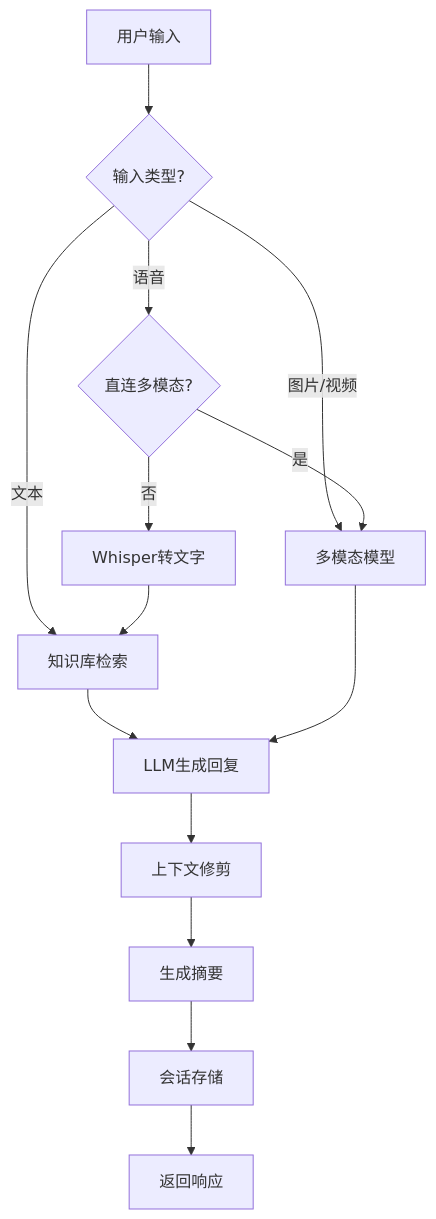
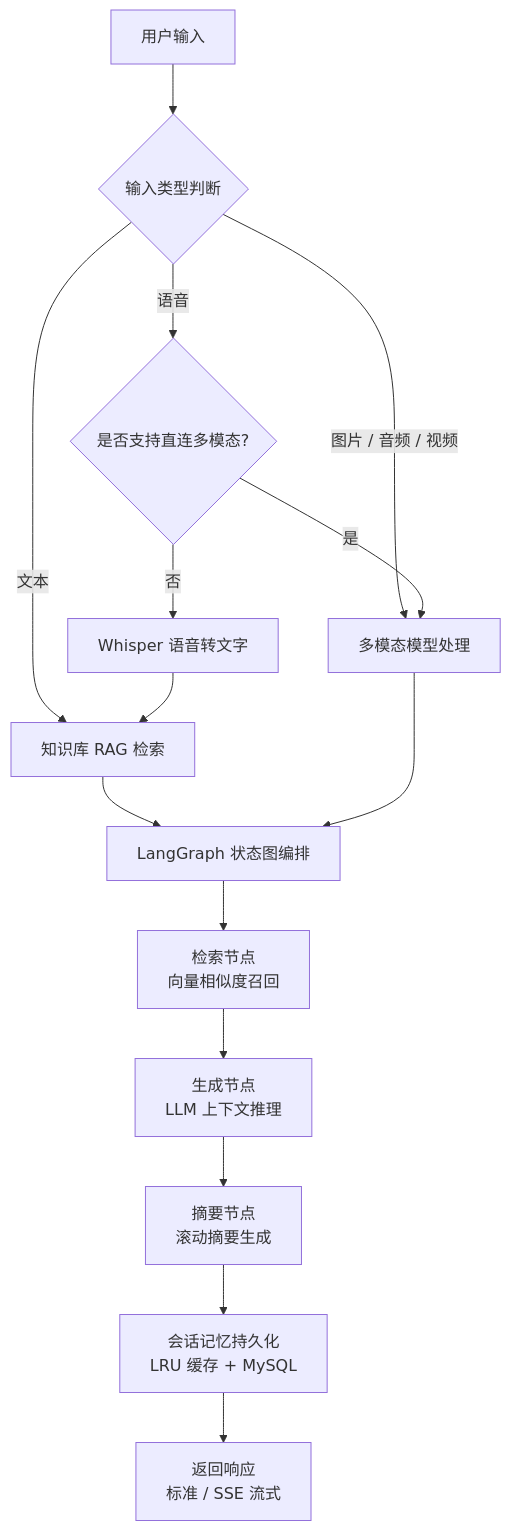
The second of 3 diagrams in server/README.md (chain-engine/x-XiChuang), drawn with Mermaid before and after one commit. The commit also changed other lines of this file and 8 other files, not shown here.

````diff
--- a/server/README.md
+++ b/server/README.md
@@ -316,16 +367,21 @@
 ```mermaid
 flowchart TD
-    A[用户输入] --> B{输入类型?}
-    B -->|文本| C[知识库检索]
-    B -->|语音| D{直连多模态?}
-    B -->|图片/视频| E[多模态模型]
+    A[用户输入] --> B{输入类型判断}
+    B -->|文本| C[知识库 RAG 检索]
+    B -->|语音| D{是否支持直连多模态?}
+    B -->|图片 / 音频 / 视频| E[多模态模型处理]
+
     D -->|是| E
-    D -->|否| F[Whisper转文字]
+    D -->|否| F[Whisper 语音转文字]
     F --> C
-    C --> G[LLM生成回复]
+
+    C --> G[LangGraph 状态图编排]
     E --> G
-    G --> H[上下文修剪]
-    H --> I[生成摘要]
-    I --> J[会话存储]
-    J --> K[返回响应]
+
+    G --> H[检索节点<br/>向量相似度召回]
+    H --> I[生成节点<br/>LLM 上下文推理]
+    I --> J[摘要节点<br/>滚动摘要生成]
+
+    J --> K[会话记忆持久化<br/>LRU 缓存 + MySQL]
+    K --> L[返回响应<br/>标准 / SSE 流式]
 ```
````
